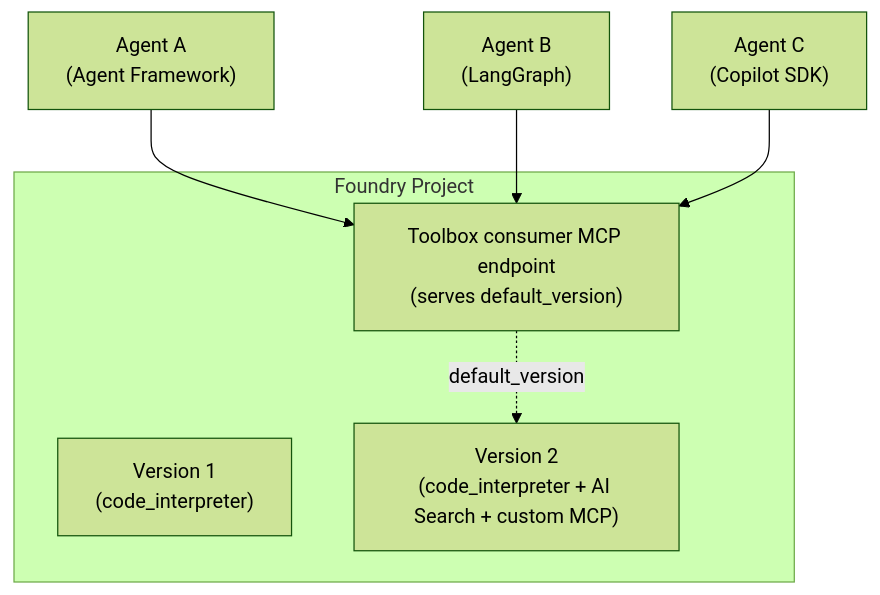
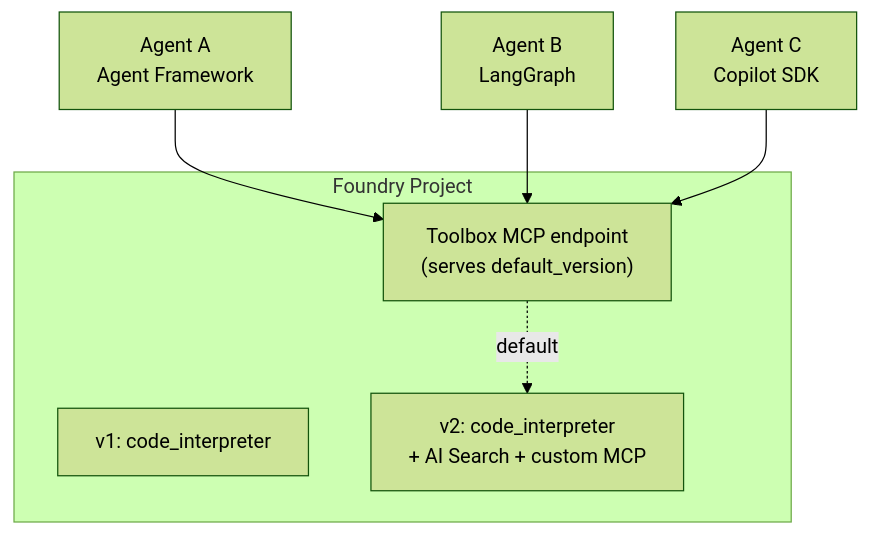
The first of 5 diagrams in Agents/Foundry-Hosted-Agent-Toolbox-Demo/README.md (david-xinyuwei/david-share), drawn with Mermaid (forest theme) before and after one commit. The commit also changed other lines of this file and 1 other file, not shown here.

Commit message:
Fix Mermaid text overflow + correct Hosted Agent to MicroVM (not container)

````diff
--- a/Agents/Foundry-Hosted-Agent-Toolbox-Demo/README.md
+++ b/Agents/Foundry-Hosted-Agent-Toolbox-Demo/README.md
@@ -26,12 +26,12 @@
 ```mermaid
 flowchart TB
-    subgraph FoundryProject["Foundry Project"]
-        TB_Consumer["Toolbox consumer MCP endpoint<br/>(serves default_version)"]
-        TB_V1["Version 1<br/>(code_interpreter)"]
-        TB_V2["Version 2<br/>(code_interpreter + AI Search + custom MCP)"]
-        TB_Consumer -.->|"default_version"| TB_V2
+    subgraph FP["Foundry Project"]
+        MCP["Toolbox MCP endpoint<br/>(serves default_version)"]
+        V1["v1: code_interpreter"]
+        V2["v2: code_interpreter<br/>+ AI Search + custom MCP"]
+        MCP -.->|default| V2
     end
-    Agent1["Agent A<br/>(Agent Framework)"] --> TB_Consumer
-    Agent2["Agent B<br/>(LangGraph)"] --> TB_Consumer
-    Agent3["Agent C<br/>(Copilot SDK)"] --> TB_Consumer
+    A1["Agent A<br/>Agent Framework"] --> MCP
+    A2["Agent B<br/>LangGraph"] --> MCP
+    A3["Agent C<br/>Copilot SDK"] --> MCP
 ```
````
